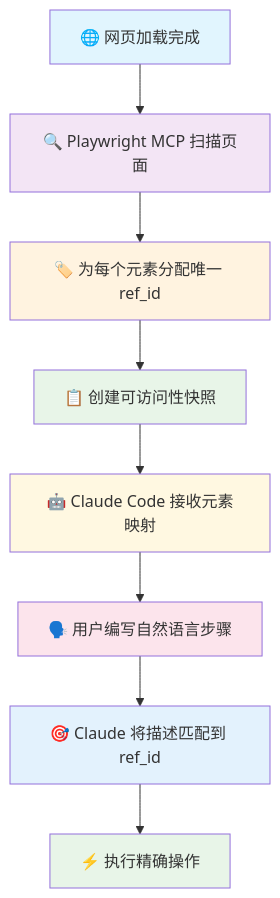
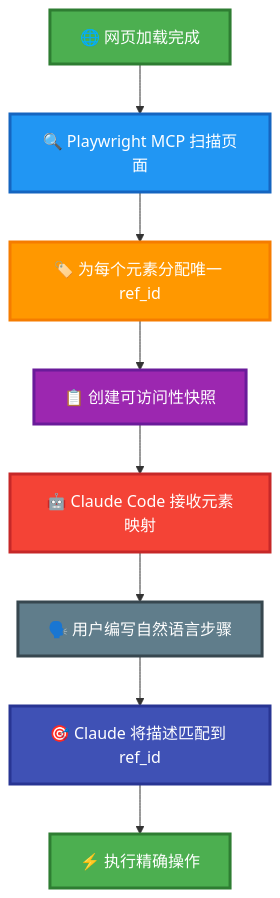
One commit to terryso/claude-code-playwright-mcp-test changed the first of 2 diagrams in README.cn.md. Above: the diagram before and after it, drawn with Mermaid. The commit also changed 1 other file, not shown here.

Commit message:
feat: 更新 README 文档，优化流程图样式以增强可读性

````diff
--- a/README.cn.md
+++ b/README.cn.md
@@ -20,19 +20,19 @@
 ```mermaid
 flowchart TD
     A["🌐 网页加载完成"] --> B["🔍 Playwright MCP 扫描页面"]
     B --> C["🏷️ 为每个元素分配唯一 ref_id"]
     C --> D["📋 创建可访问性快照"]
     D --> E["🤖 Claude Code 接收元素映射"]
     E --> F["🗣️ 用户编写自然语言步骤"]
     F --> G["🎯 Claude 将描述匹配到 ref_id"]
     G --> H["⚡ 执行精确操作"]
     
-    style A fill:#e1f5fe
-    style B fill:#f3e5f5
-    style C fill:#fff3e0
-    style D fill:#e8f5e8
-    style E fill:#fff8e1
-    style F fill:#fce4ec
-    style G fill:#e3f2fd
-    style H fill:#e8f5e8
+    style A fill:#4CAF50,stroke:#2E7D32,stroke-width:3px,color:#ffffff
+    style B fill:#2196F3,stroke:#1565C0,stroke-width:3px,color:#ffffff
+    style C fill:#FF9800,stroke:#F57C00,stroke-width:3px,color:#ffffff
+    style D fill:#9C27B0,stroke:#6A1B9A,stroke-width:3px,color:#ffffff
+    style E fill:#F44336,stroke:#C62828,stroke-width:3px,color:#ffffff
+    style F fill:#607D8B,stroke:#37474F,stroke-width:3px,color:#ffffff
+    style G fill:#3F51B5,stroke:#283593,stroke-width:3px,color:#ffffff
+    style H fill:#4CAF50,stroke:#2E7D32,stroke-width:3px,color:#ffffff
 ```
````
